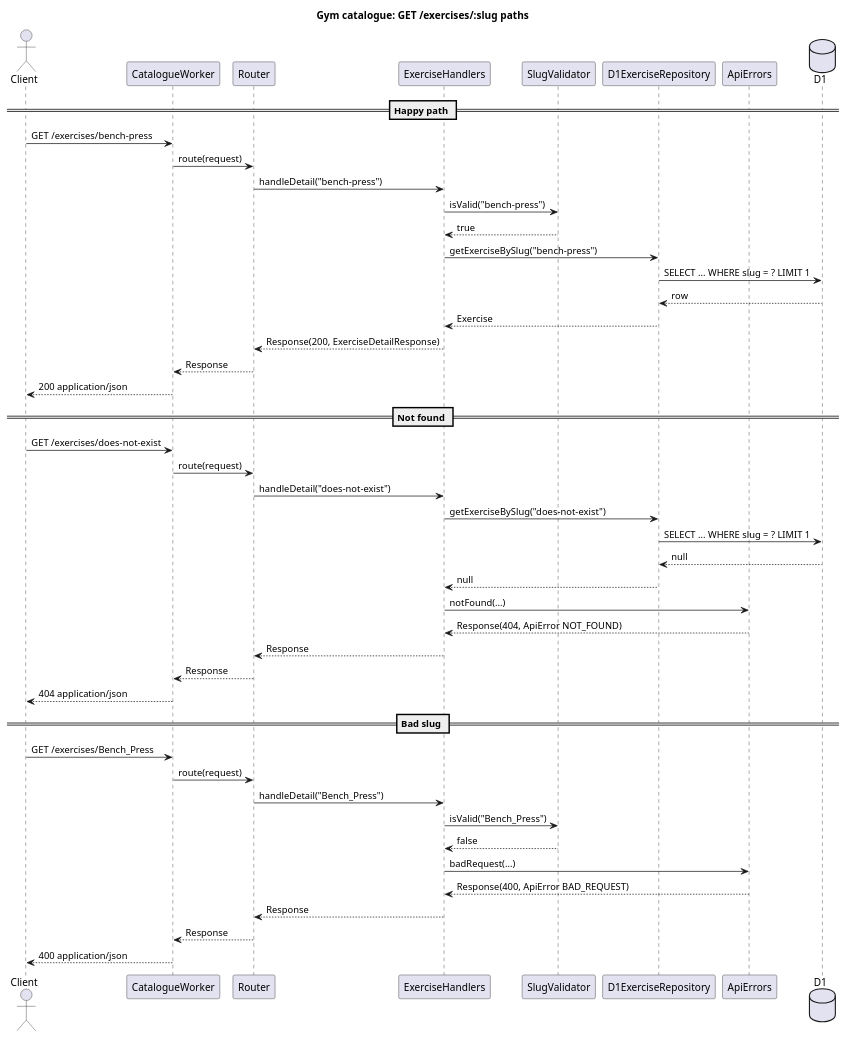
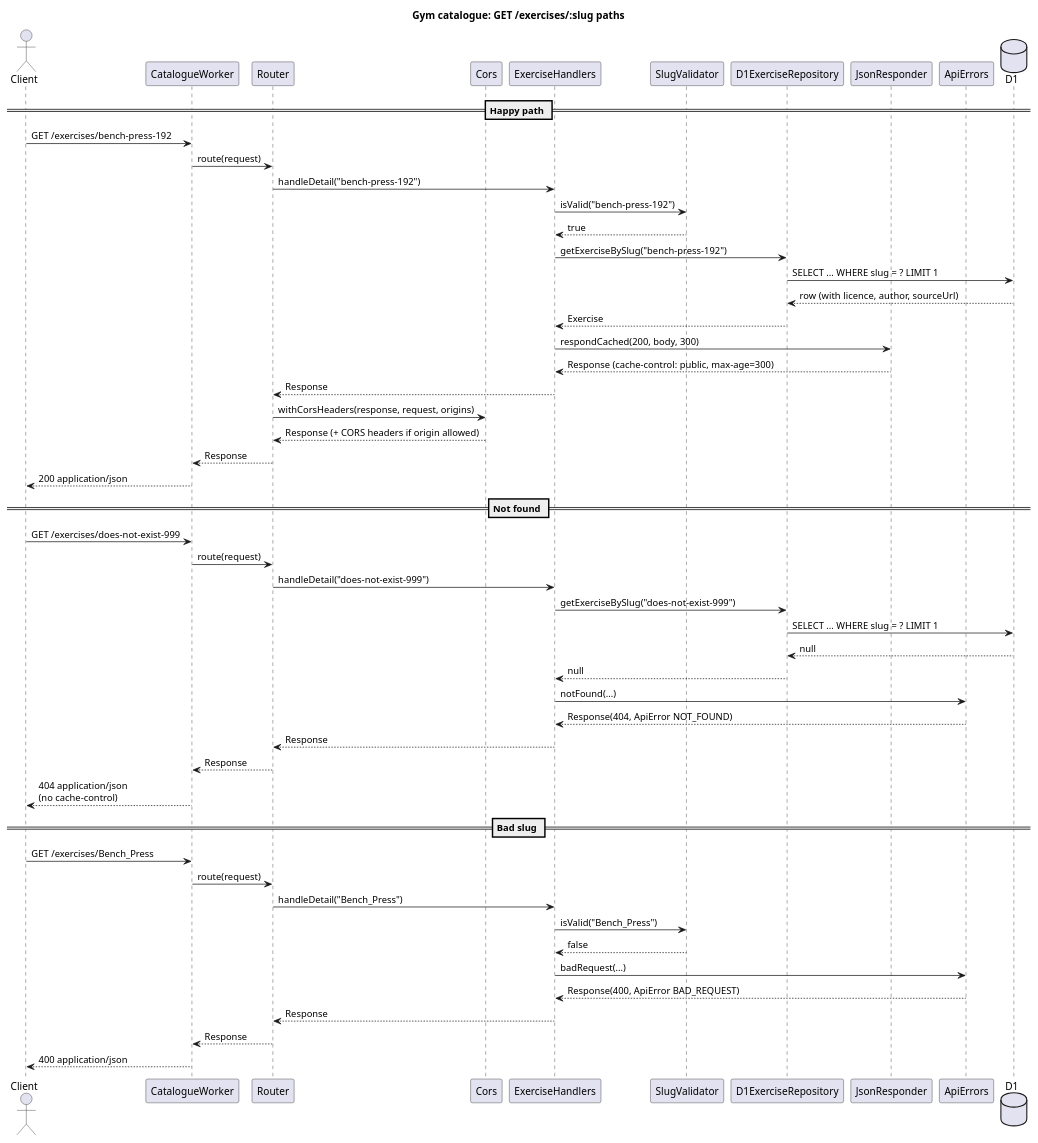
One commit to bobosiband/Gym changed the diagram in docs/uml/catalogue/sequence-get-exercise.puml. Above: the diagram before and after it, drawn with PlantUML. The commit also changed 6 other files, not shown here.

```diff
--- a/docs/uml/catalogue/sequence-get-exercise.puml
+++ b/docs/uml/catalogue/sequence-get-exercise.puml
@@ -1,53 +1,59 @@
 @startuml catalogue-get-exercise
 title Gym catalogue: GET /exercises/:slug paths
 
 actor Client
 participant "CatalogueWorker" as Worker
 participant "Router" as Router
+participant "Cors" as Cors
 participant "ExerciseHandlers" as Handlers
 participant "SlugValidator" as Slug
 participant "D1ExerciseRepository" as Repo
+participant "JsonResponder" as Json
 participant "ApiErrors" as Errors
 database "D1" as DB
 
 == Happy path ==
-Client -> Worker : GET /exercises/bench-press
+Client -> Worker : GET /exercises/bench-press-192
 Worker -> Router : route(request)
-Router -> Handlers : handleDetail("bench-press")
-Handlers -> Slug : isValid("bench-press")
+Router -> Handlers : handleDetail("bench-press-192")
+Handlers -> Slug : isValid("bench-press-192")
 Slug --> Handlers : true
-Handlers -> Repo : getExerciseBySlug("bench-press")
+Handlers -> Repo : getExerciseBySlug("bench-press-192")
 Repo -> DB : SELECT ... WHERE slug = ? LIMIT 1
-DB --> Repo : row
+DB --> Repo : row (with licence, author, sourceUrl)
 Repo --> Handlers : Exercise
-Handlers --> Router : Response(200, ExerciseDetailResponse)
+Handlers -> Json : respondCached(200, body, 300)
+Json --> Handlers : Response (cache-control: public, max-age=300)
+Handlers --> Router : Response
+Router -> Cors : withCorsHeaders(response, request, origins)
+Cors --> Router : Response (+ CORS headers if origin allowed)
 Router --> Worker : Response
 Worker --> Client : 200 application/json
 
 == Not found ==
-Client -> Worker : GET /exercises/does-not-exist
+Client -> Worker : GET /exercises/does-not-exist-999
 Worker -> Router : route(request)
-Router -> Handlers : handleDetail("does-not-exist")
-Handlers -> Repo : getExerciseBySlug("does-not-exist")
+Router -> Handlers : handleDetail("does-not-exist-999")
+Handlers -> Repo : getExerciseBySlug("does-not-exist-999")
 Repo -> DB : SELECT ... WHERE slug = ? LIMIT 1
 DB --> Repo : null
 Repo --> Handlers : null
 Handlers -> Errors : notFound(...)
 Errors --> Handlers : Response(404, ApiError NOT_FOUND)
 Handlers --> Router : Response
 Router --> Worker : Response
-Worker --> Client : 404 application/json
+Worker --> Client : 404 application/json\n(no cache-control)
 
 == Bad slug ==
 Client -> Worker : GET /exercises/Bench_Press
 Worker -> Router : route(request)
 Router -> Handlers : handleDetail("Bench_Press")
 Handlers -> Slug : isValid("Bench_Press")
 Slug --> Handlers : false
 Handlers -> Errors : badRequest(...)
 Errors --> Handlers : Response(400, ApiError BAD_REQUEST)
 Handlers --> Router : Response
 Router --> Worker : Response
 Worker --> Client : 400 application/json
 
 @enduml
```
